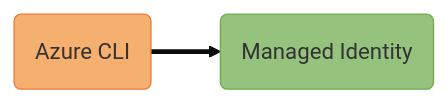
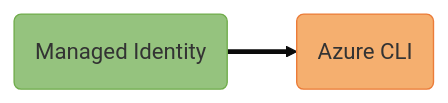
The diagram in articles/cpp/sdk/includes/mermaidjs/chained-token-credential-auth-flow.md (MicrosoftDocs/azure-dev-docs), drawn with Mermaid before and after one commit. The commit also changed 4 other files, not shown here.

Commit message:
C++ Identity: Update credential order for DefaultAzureCredential

````diff
--- a/articles/cpp/sdk/includes/mermaidjs/chained-token-credential-auth-flow.md
+++ b/articles/cpp/sdk/includes/mermaidjs/chained-token-credential-auth-flow.md
@@ -6,25 +6,25 @@
 ```mermaid
 %% STEPS TO GENERATE IMAGE
 %% =======================
 %% 1. Install mermaid CLI v10.9.1 (see https://github.com/mermaid-js/mermaid-cli/blob/master/README.md):
 %%    npm i -g @mermaid-js/mermaid-cli@10.9.1
 %% 2. Run command: mmdc -i chained-token-credential-auth-flow.md -o ../../media/mermaidjs/chained-token-credential-auth-flow.svg
 
 %%{
   init: {
     'theme': 'base',
     'themeVariables': {
       'tertiaryBorderColor': '#fff',
       'tertiaryColor': '#fff'
     }
   }
 }%%
 
 flowchart LR;
     direction LR;
-    A(Azure CLI):::developer ==> B(Managed Identity):::deployed;
+    A(Managed Identity):::deployed ==> B(Azure CLI):::developer;
 
     %% Define styles for credential type boxes
     classDef deployed fill:#95C37E, stroke:#71AD4C;
     classDef developer fill:#F5AF6F, stroke:#EB7C39;
 ```
````
